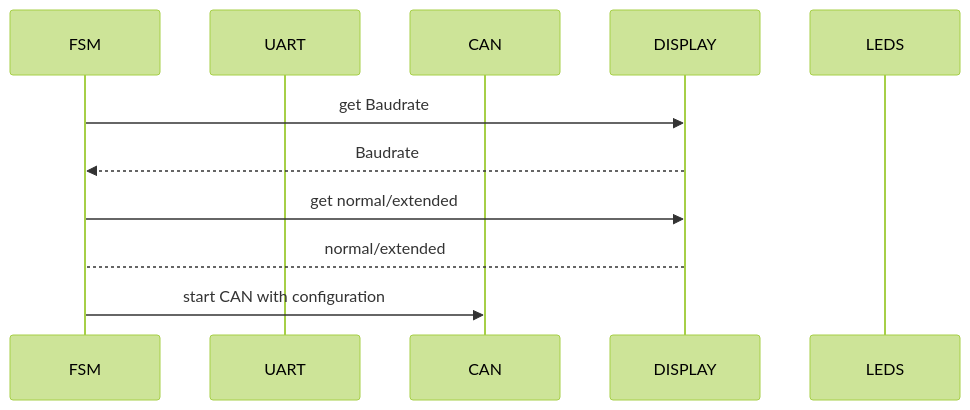
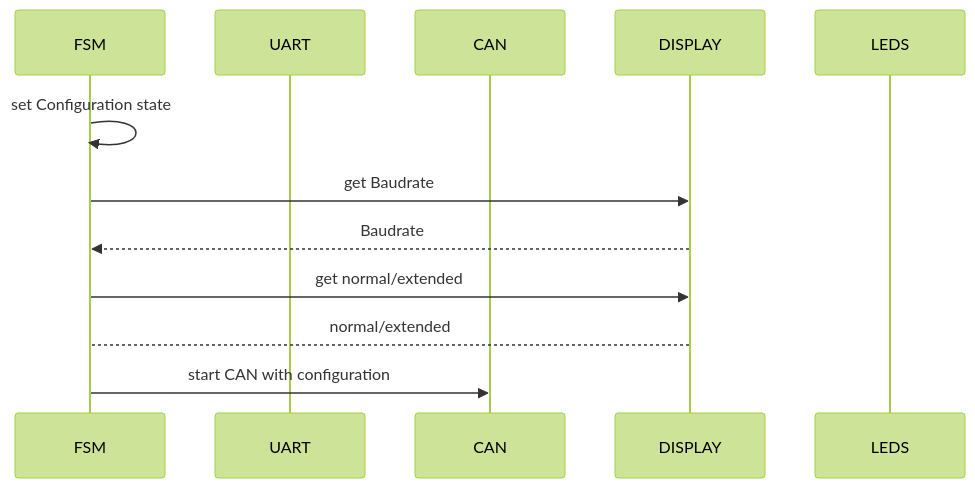
The third of 4 diagrams in Software/esp32/can-to-go-system/README.md (michaelgr22/can-to-go-system), drawn with Mermaid (forest theme) before and after one commit. The commit also changed other lines of this file, not shown here.

````diff
--- a/Software/esp32/can-to-go-system/README.md
+++ b/Software/esp32/can-to-go-system/README.md
@@ -31,15 +31,16 @@
 ```mermaid
 sequenceDiagram
     participant FSM
     participant UART
     participant CAN
     participant DISPLAY
     participant LEDS
 
+    FSM->>FSM: set Configuration state
     FSM->>DISPLAY: get Baudrate
     DISPLAY-->>FSM: Baudrate 
     FSM->>DISPLAY: get normal/extended
     DISPLAY-->FSM: normal/extended
 
     FSM->>CAN: start CAN with configuration
 ```
````
